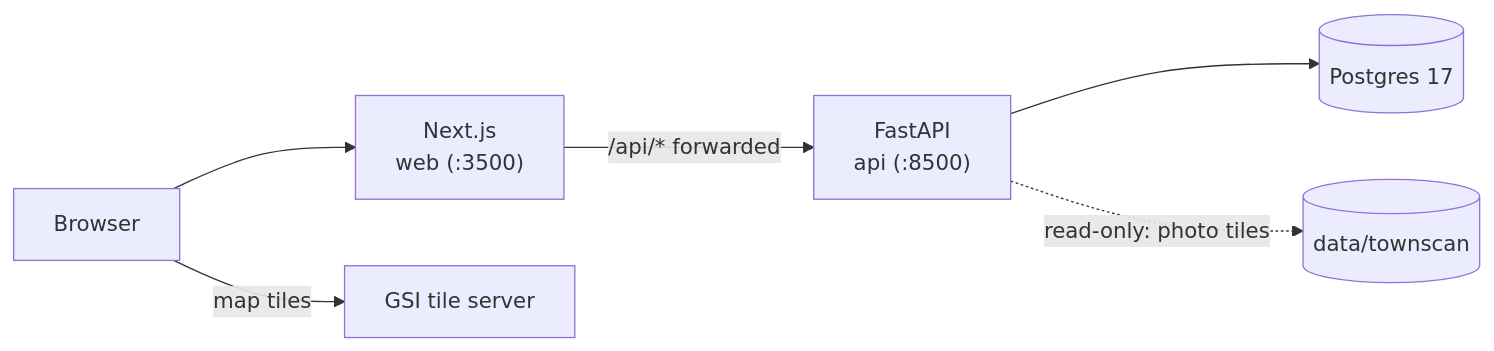
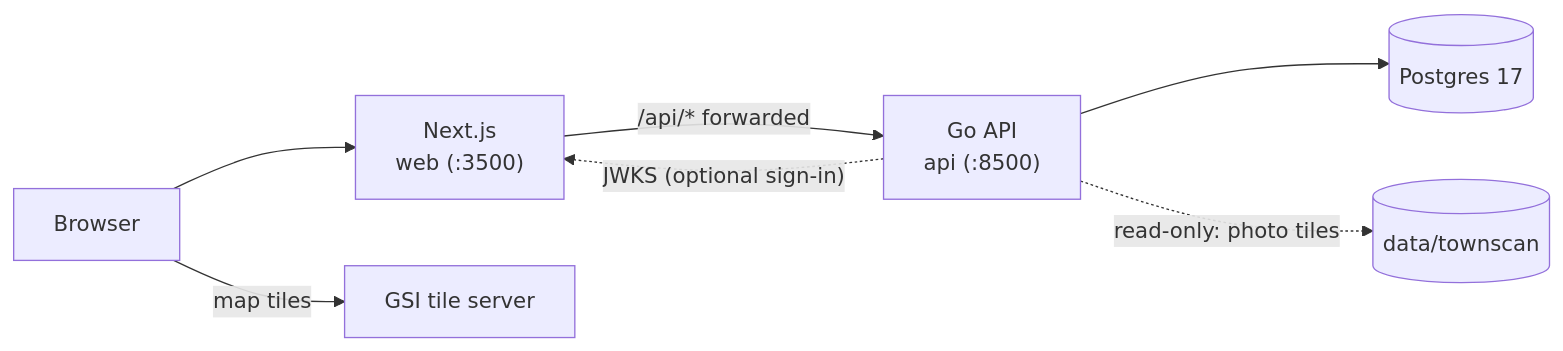
The first of 2 diagrams in README.md (Starlight-Tree/TownScan), drawn with Mermaid before and after one commit. The commit also changed other lines of this file and 1 other file, not shown here.

First line of the commit message:
docs(readme): show the Go API in the architecture and list environments

````diff
--- a/README.md
+++ b/README.md
@@ -23,8 +25,9 @@
 ```mermaid
 flowchart LR
     B[Browser] --> W["Next.js<br/>web (:3500)"]
-    W -->|"/api/* forwarded"| A["FastAPI<br/>api (:8500)"]
+    W -->|"/api/* forwarded"| A["Go API<br/>api (:8500)"]
+    A -.->|"JWKS (optional sign-in)"| W
     A --> DB[("Postgres 17")]
     A -.->|"read-only: photo tiles"| D[("data/townscan")]
     B -->|"map tiles"| G["GSI tile server"]
 ```
````
